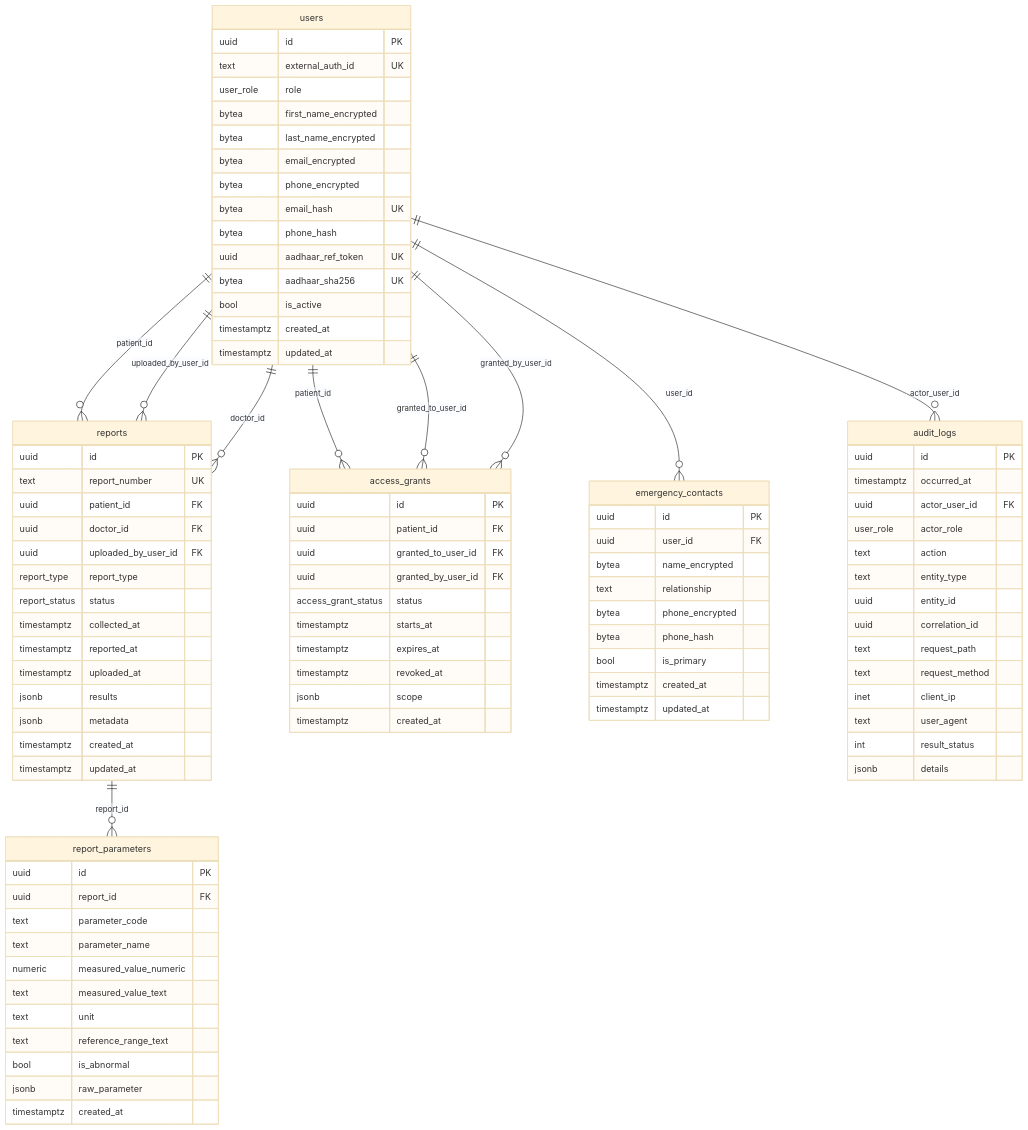
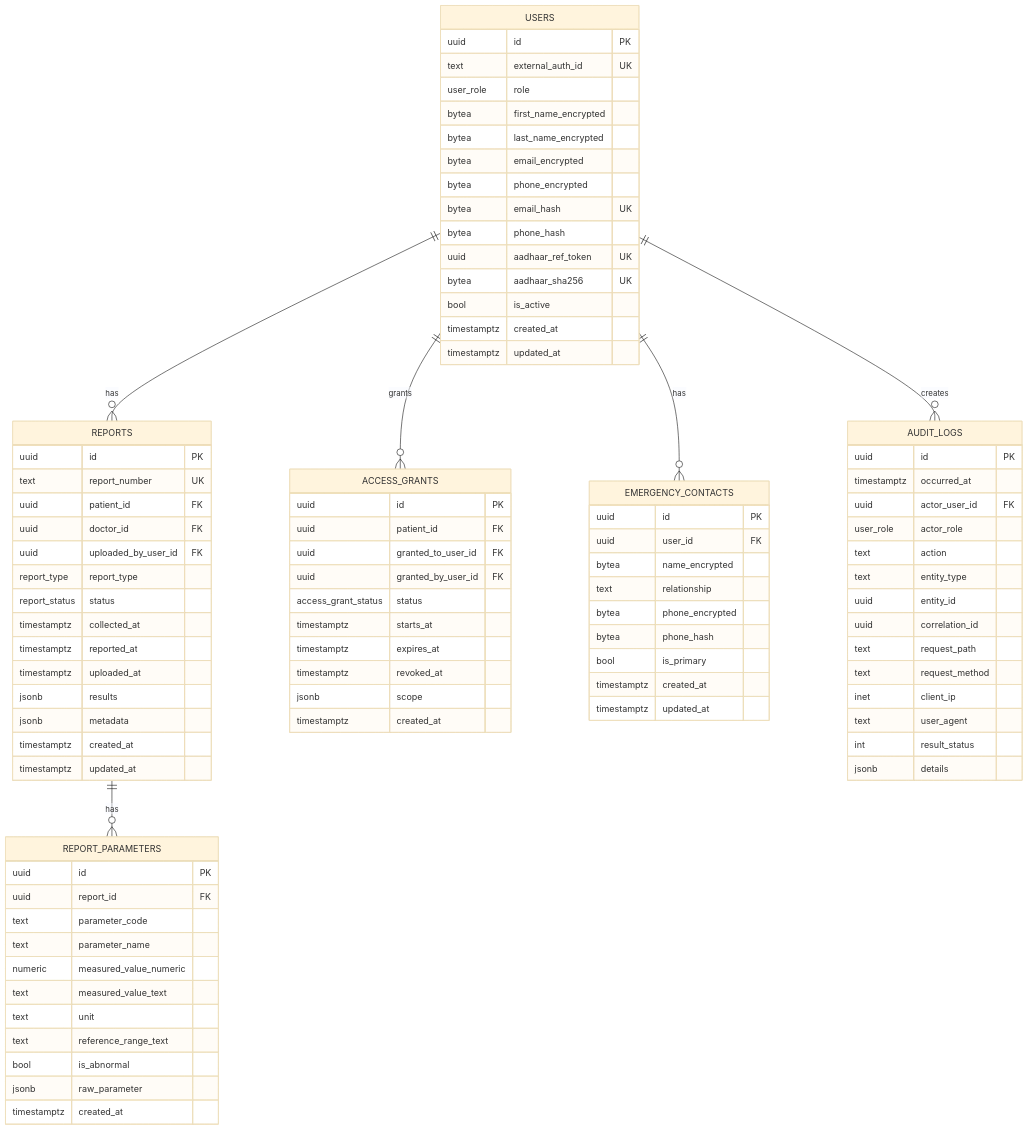
The diagram in docs/database/core-schema.md (kinveetech/AarogyaBackend), drawn with Mermaid (base theme) before and after one commit. The commit also changed other lines of this file, not shown here.

Commit message:
docs: fix mermaid erd rendering in schema design

````diff
--- a/docs/database/core-schema.md
+++ b/docs/database/core-schema.md
@@ -15,17 +15,12 @@
 ```mermaid
 erDiagram
-  users ||--o{ reports : "patient_id"
-  users ||--o{ reports : "uploaded_by_user_id"
-  users ||--o{ reports : "doctor_id"
-  users ||--o{ access_grants : "patient_id"
-  users ||--o{ access_grants : "granted_to_user_id"
-  users ||--o{ access_grants : "granted_by_user_id"
-  users ||--o{ emergency_contacts : "user_id"
-  users ||--o{ audit_logs : "actor_user_id"
+  USERS ||--o{ REPORTS : has
+  REPORTS ||--o{ REPORT_PARAMETERS : has
+  USERS ||--o{ ACCESS_GRANTS : grants
+  USERS ||--o{ EMERGENCY_CONTACTS : has
+  USERS ||--o{ AUDIT_LOGS : creates
 
-  reports ||--o{ report_parameters : "report_id"
-
-  users {
+  USERS {
     uuid id PK
     text external_auth_id UK
     user_role role
@@ -42,7 +37,7 @@
     timestamptz updated_at
   }
 
-  reports {
+  REPORTS {
     uuid id PK
     text report_number UK
     uuid patient_id FK
@@ -59,7 +54,7 @@
     timestamptz updated_at
   }
 
-  report_parameters {
+  REPORT_PARAMETERS {
     uuid id PK
     uuid report_id FK
     text parameter_code
@@ -73,7 +68,7 @@
     timestamptz created_at
   }
 
-  access_grants {
+  ACCESS_GRANTS {
     uuid id PK
     uuid patient_id FK
     uuid granted_to_user_id FK
@@ -86,7 +81,7 @@
     timestamptz created_at
   }
 
-  emergency_contacts {
+  EMERGENCY_CONTACTS {
     uuid id PK
     uuid user_id FK
     bytea name_encrypted
@@ -98,7 +93,7 @@
     timestamptz updated_at
   }
 
-  audit_logs {
+  AUDIT_LOGS {
     uuid id PK
     timestamptz occurred_at
     uuid actor_user_id FK
````
